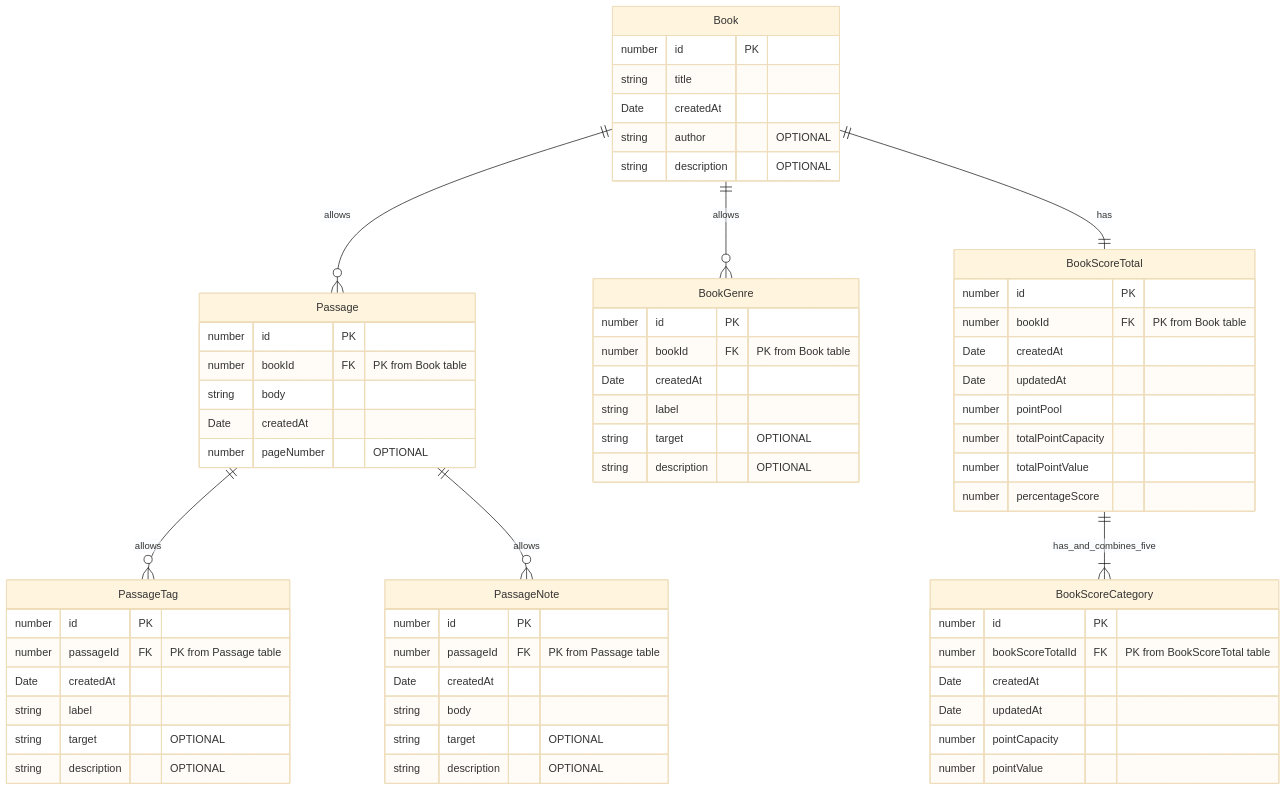
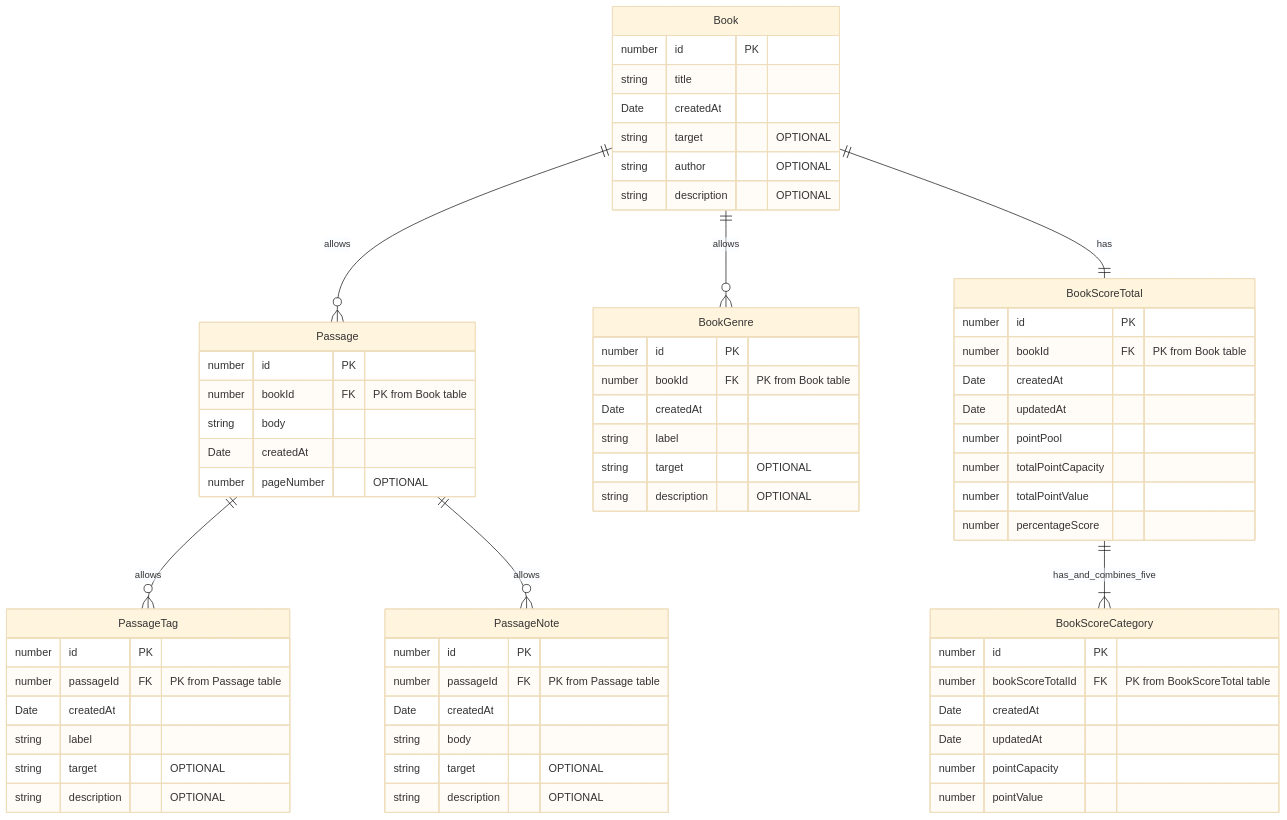
Before and after one commit to riapacheco/ri-reader-app: the diagram in README.md, drawn with Mermaid (base theme). The commit also changed 20 other files, not shown here.

````diff
--- a/README.md
+++ b/README.md
@@ -72,77 +72,78 @@
 ```mermaid
 erDiagram
     Book {
         number id PK
         string title
         Date createdAt
+        string target       "OPTIONAL"
         string author       "OPTIONAL"
         string description  "OPTIONAL"
     }
 
     Passage {
         number id PK
         number bookId FK "PK from Book table"
         string body 
         Date createdAt
         number pageNumber "OPTIONAL"
     }
 
     Book ||--o{ Passage : allows
 
     BookGenre {
         number id PK
         number bookId FK "PK from Book table"
         Date createdAt
         string label
         string target "OPTIONAL"
         string description "OPTIONAL"    
     }
 
     Book ||--o{ BookGenre : allows
 
     BookScoreTotal {
         number id PK
         number bookId FK "PK from Book table"
         Date createdAt
         Date updatedAt
         number pointPool
         number totalPointCapacity
         number totalPointValue
         number percentageScore
     }
 
     Book ||--|| BookScoreTotal : has
 
     BookScoreCategory {
         number id PK
         number bookScoreTotalId FK "PK from BookScoreTotal table"
         Date createdAt
         Date updatedAt
         number pointCapacity
         number pointValue
     }
 
     BookScoreTotal ||--|{ BookScoreCategory : has_and_combines_five
 
     PassageTag {
         number id PK
         number passageId FK "PK from Passage table"
         Date createdAt
         string label
         string target "OPTIONAL"
         string description "OPTIONAL"
     }
 
     Passage ||--o{ PassageTag : allows
 
     PassageNote {
         number id PK
         number passageId FK "PK from Passage table"
         Date createdAt
         string body
         string target "OPTIONAL"
         string description "OPTIONAL"
     }
  
     Passage ||--o{ PassageNote : allows
 ```
````
